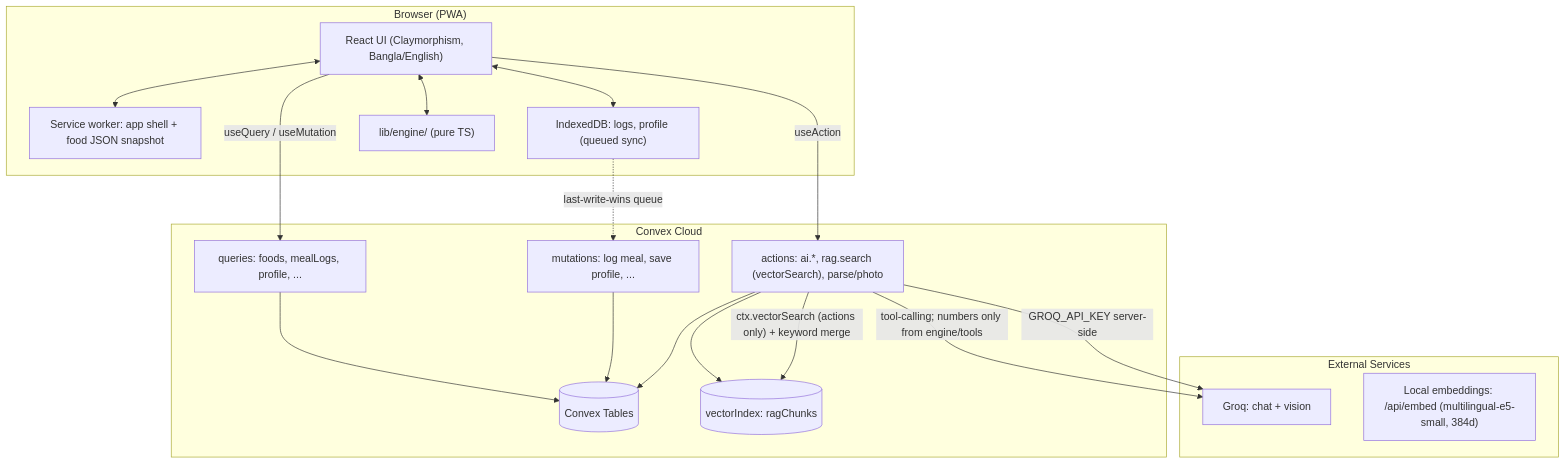
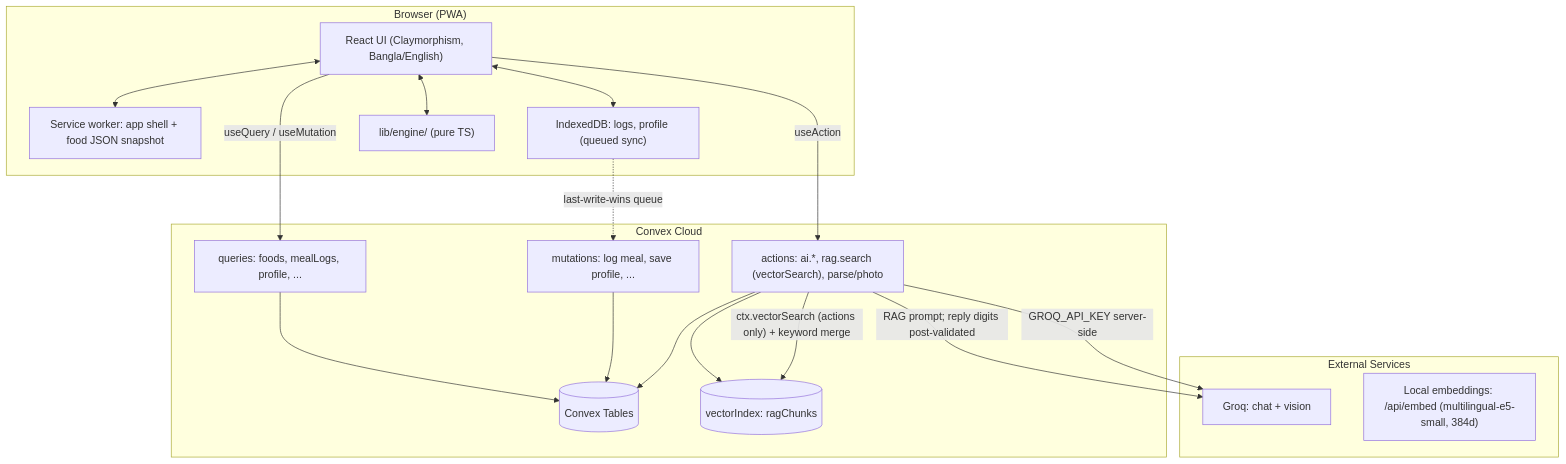
One commit to Moballig/habitforge changed the first of 5 diagrams in docs/ARCHITECTURE.md. Above: the diagram before and after it, drawn with Mermaid. The commit also changed other lines of this file and 8 other files, not shown here.

Commit message:
feat(docs): update architecture, diagrams, implementation plan, SRS, and AI agent documentation for Wave 5 evaluation; enhance numeric validation and retrieval processes

````diff
--- a/docs/ARCHITECTURE.md
+++ b/docs/ARCHITECTURE.md
@@ -14,36 +14,36 @@
 ```mermaid
 flowchart TB
     subgraph Client["Browser (PWA)"]
         UI["React UI (Claymorphism, Bangla/English)"]
         SW["Service worker: app shell + food JSON snapshot"]
         IDB["IndexedDB: logs, profile (queued sync)"]
         Eng["lib/engine/ (pure TS)"]
         UI <--> SW
         UI <--> IDB
         UI <--> Eng
     end
 
     subgraph Convex["Convex Cloud"]
         Q["queries: foods, mealLogs, profile, ..."]
         M["mutations: log meal, save profile, ..."]
         A["actions: ai.*, rag.search (vectorSearch), parse/photo"]
         Tables[(Convex Tables)]
         VI[("vectorIndex: ragChunks")]
         Q --> Tables
         M --> Tables
         A --> Tables
         A --> VI
     end
 
     subgraph External["External Services"]
         GroqAPI["Groq: chat + vision"]
         EmbedAPI["Local embeddings: /api/embed (multilingual-e5-small, 384d)"]
     end
 
     UI -- "useQuery / useMutation" --> Q
     UI -- "useAction" --> A
     A -- "ctx.vectorSearch (actions only) + keyword merge" --> VI
-    A -- "tool-calling; numbers only from engine/tools" --> GroqAPI
+    A -- "RAG prompt; reply digits post-validated" --> GroqAPI
     A -- "GROQ_API_KEY server-side" --> GroqAPI
     IDB -. "last-write-wins queue" .-> M
 ```
````
